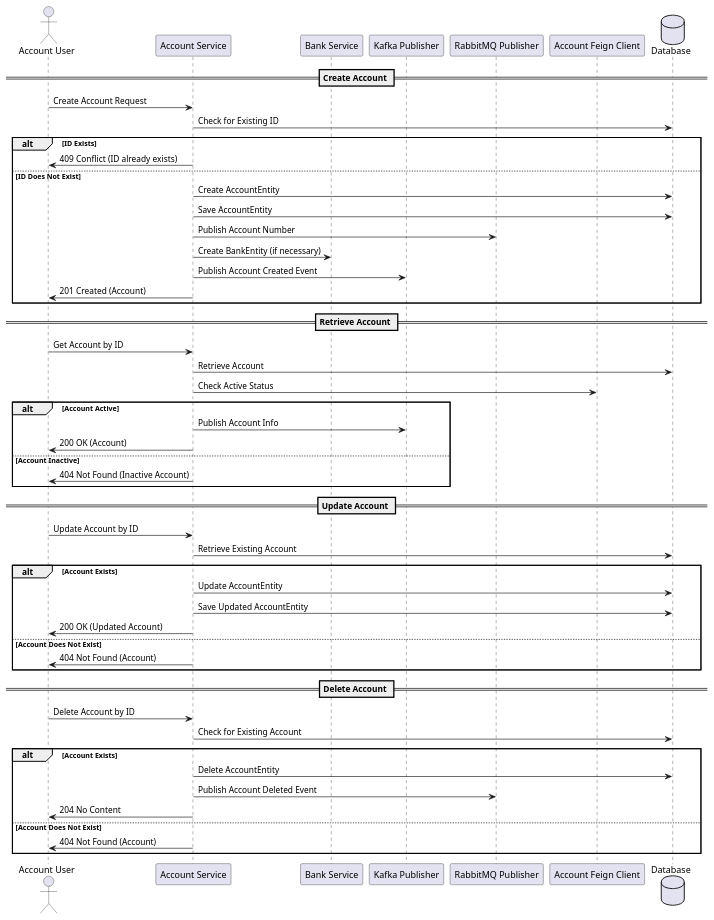
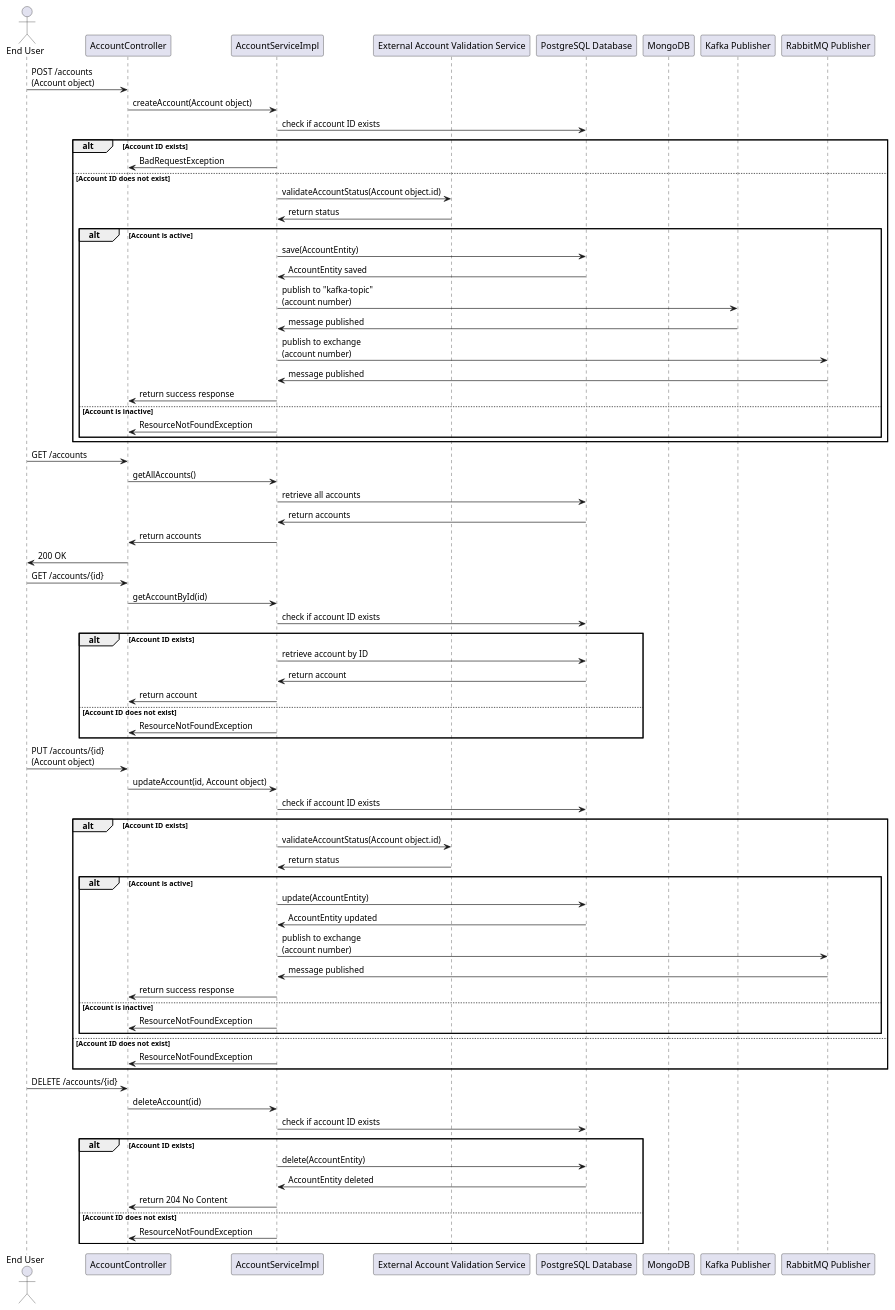
Before and after one commit to Bhaskar-Pavan/AccountService: the diagram in GeneratedDesignDocument/AccountService_25.md, drawn with PlantUML. The commit also changed other lines of this file, not shown here.

````diff
--- a/GeneratedDesignDocument/AccountService_25.md
+++ b/GeneratedDesignDocument/AccountService_25.md
@@ -37,59 +46,82 @@
 ```plantuml
 @startuml
-actor "Account User" as User
-participant "Account Service" as AccountService
-participant "Bank Service" as BankService
+actor "End User" as User
+participant "AccountController" as Controller
+participant "AccountServiceImpl" as Service
+participant "External Account Validation Service" as ValidationService
+participant "PostgreSQL Database" as PostgreSQL
+participant "MongoDB" as MongoDB
 participant "Kafka Publisher" as Kafka
 participant "RabbitMQ Publisher" as RabbitMQ
-participant "Account Feign Client" as AccountFeignClient
-database "Database" as DB
 
-== Create Account ==
-User -> AccountService : Create Account Request
-AccountService -> DB : Check for Existing ID
-alt ID Exists
-    AccountService -> User : 409 Conflict (ID already exists)
-else ID Does Not Exist
-    AccountService -> DB : Create AccountEntity
-    AccountService -> DB : Save AccountEntity
-    AccountService -> RabbitMQ : Publish Account Number
-    AccountService -> BankService : Create BankEntity (if necessary)
-    AccountService -> Kafka : Publish Account Created Event
-    AccountService -> User : 201 Created (Account)
+User -> Controller : POST /accounts\n(Account object)
+Controller -> Service : createAccount(Account object)
+Service -> PostgreSQL : check if account ID exists
+alt Account ID exists
+    Service -> Controller : BadRequestException
+else Account ID does not exist
+    Service -> ValidationService : validateAccountStatus(Account object.id)
+    ValidationService -> Service : return status
+    alt Account is active
+        Service -> PostgreSQL : save(AccountEntity)
+        PostgreSQL -> Service : AccountEntity saved
+        Service -> Kafka : publish to "kafka-topic"\n(account number)
+        Kafka -> Service : message published
+        Service -> RabbitMQ : publish to exchange\n(account number)
+        RabbitMQ -> Service : message published
+        Service -> Controller : return success response
+    else Account is inactive
+        Service -> Controller : ResourceNotFoundException
+    end
 end
 
-== Retrieve Account ==
-User -> AccountService : Get Account by ID
-AccountService -> DB : Retrieve Account
-AccountService -> AccountFeignClient : Check Active Status
-alt Account Active
-    AccountService -> Kafka : Publish Account Info
-    AccountService -> User : 200 OK (Account)
-else Account Inactive
-    AccountService -> User : 404 Not Found (Inactive Account)
+User -> Controller : GET /accounts
+Controller -> Service : getAllAccounts()
+Service -> PostgreSQL : retrieve all accounts
+PostgreSQL -> Service : return accounts
+Service -> Controller : return accounts
+Controller -> User : 200 OK
+
+User -> Controller : GET /accounts/{id}
+Controller -> Service : getAccountById(id)
+Service -> PostgreSQL : check if account ID exists
+alt Account ID exists
+    Service -> PostgreSQL : retrieve account by ID
+    PostgreSQL -> Service : return account
+    Service -> Controller : return account
+else Account ID does not exist
+    Service -> Controller : ResourceNotFoundException
 end
 
-== Update Account ==
-User -> AccountService : Update Account by ID
-AccountService -> DB : Retrieve Existing Account
-alt Account Exists
-    AccountService -> DB : Update AccountEntity
-    AccountService -> DB : Save Updated AccountEntity
-    AccountService -> User : 200 OK (Updated Account)
-else Account Does Not Exist
-    AccountService -> User : 404 Not Found (Account)
+User -> Controller : PUT /accounts/{id}\n(Account object)
+Controller -> Service : updateAccount(id, Account object)
+Service -> PostgreSQL : check if account ID exists
+alt Account ID exists
+    Service -> ValidationService : validateAccountStatus(Account object.id)
+    ValidationService -> Service : return status
+    alt Account is active
+        Service -> PostgreSQL : update(AccountEntity)
+        PostgreSQL -> Service : AccountEntity updated
+        Service -> RabbitMQ : publish to exchange\n(account number)
+        RabbitMQ -> Service : message published
+        Service -> Controller : return success response
+    else Account is inactive
+        Service -> Controller : ResourceNotFoundException
+    end
+else Account ID does not exist
+    Service -> Controller : ResourceNotFoundException
 end
 
-== Delete Account ==
-User -> AccountService : Delete Account by ID
-AccountService -> DB : Check for Existing Account
-alt Account Exists
-    AccountService -> DB : Delete AccountEntity
-    AccountService -> RabbitMQ : Publish Account Deleted Event
-    AccountService -> User : 204 No Content
-else Account Does Not Exist
-    AccountService -> User : 404 Not Found (Account)
+User -> Controller : DELETE /accounts/{id}
+Controller -> Service : deleteAccount(id)
+Service -> PostgreSQL : check if account ID exists
+alt Account ID exists
+    Service -> PostgreSQL : delete(AccountEntity)
+    PostgreSQL -> Service : AccountEntity deleted
+    Service -> Controller : return 204 No Content
+else Account ID does not exist
+    Service -> Controller : ResourceNotFoundException
 end
 
 @enduml
 ```
````
